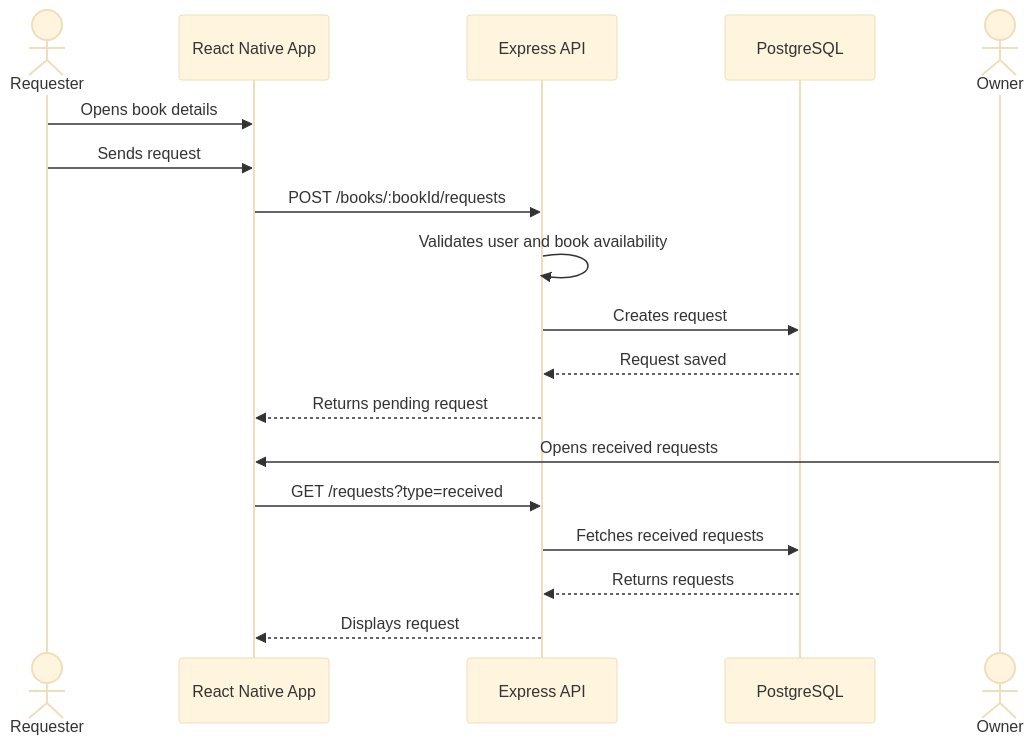
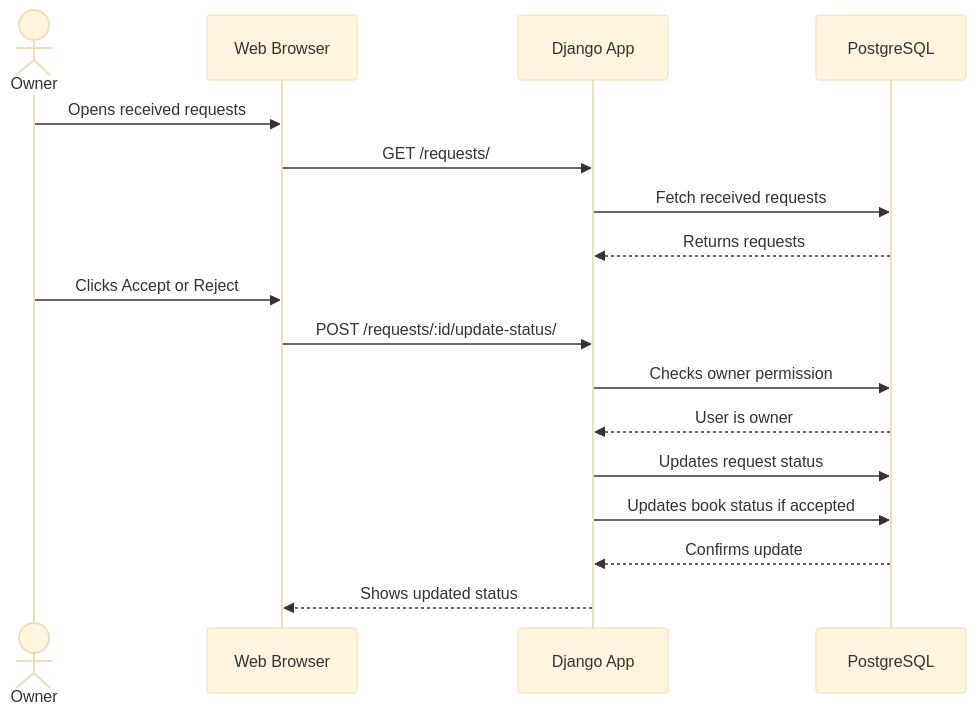
The seventh of 9 diagrams in README.md (Handroc/Livract-project), drawn with Mermaid (base theme) before and after one commit. The commit also changed other lines of this file, not shown here.

````diff
--- a/README.md
+++ b/README.md
@@ -321,21 +584,21 @@
 ```mermaid
 sequenceDiagram
-    actor Requester
-    participant App as React Native App
-    participant API as Express API
+    actor Owner
+    participant Browser as Web Browser
+    participant Django as Django App
     participant DB as PostgreSQL
-    actor Owner
 
-    Requester->>App: Opens book details
-    Requester->>App: Sends request
-    App->>API: POST /books/:bookId/requests
-    API->>API: Validates user and book availability
-    API->>DB: Creates request
-    DB-->>API: Request saved
-    API-->>App: Returns pending request
-    Owner->>App: Opens received requests
-    App->>API: GET /requests?type=received
-    API->>DB: Fetches received requests
-    DB-->>API: Returns requests
-    API-->>App: Displays request
+    Owner->>Browser: Opens received requests
+    Browser->>Django: GET /requests/
+    Django->>DB: Fetch received requests
+    DB-->>Django: Returns requests
+
+    Owner->>Browser: Clicks Accept or Reject
+    Browser->>Django: POST /requests/:id/update-status/
+    Django->>DB: Checks owner permission
+    DB-->>Django: User is owner
+    Django->>DB: Updates request status
+    Django->>DB: Updates book status if accepted
+    DB-->>Django: Confirms update
+    Django-->>Browser: Shows updated status
 ```
````
